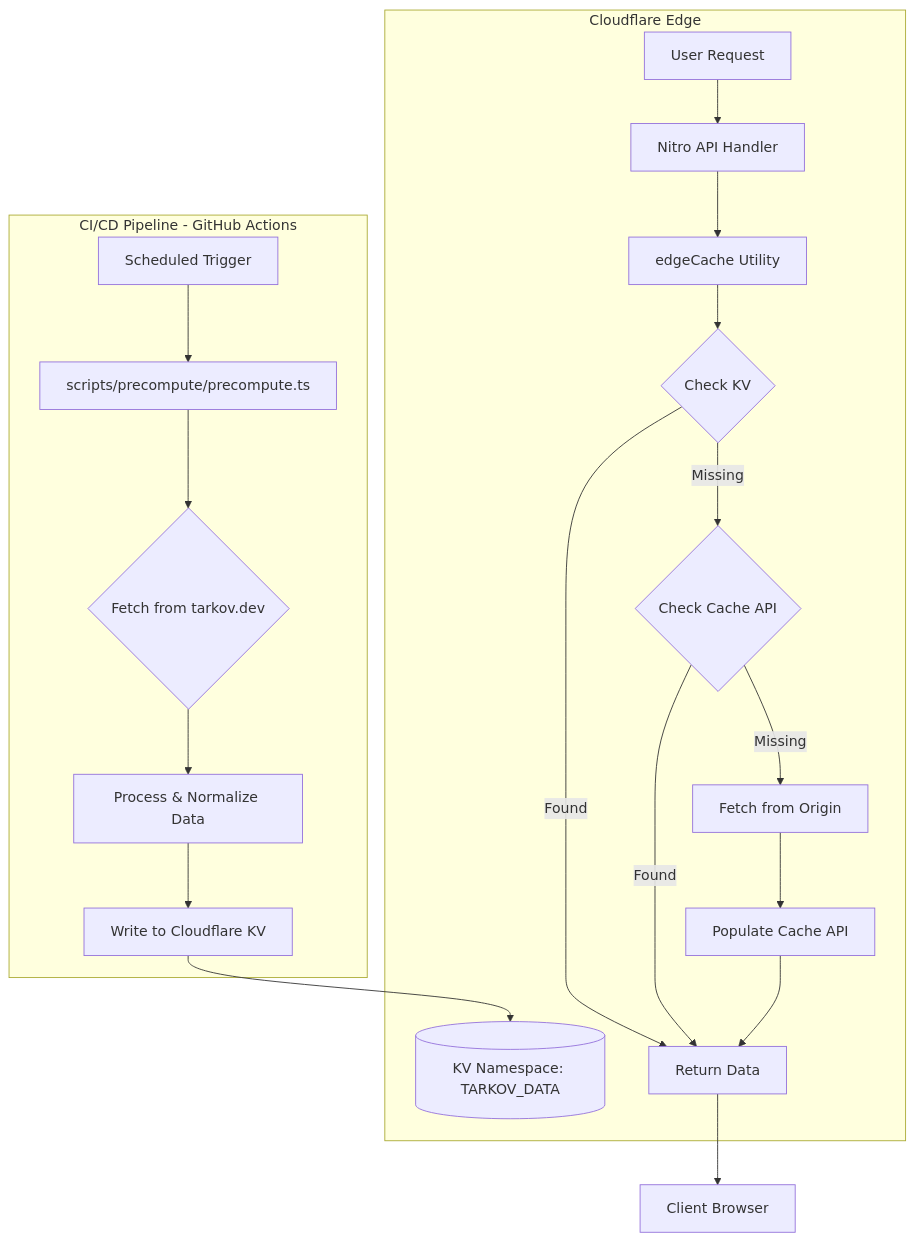
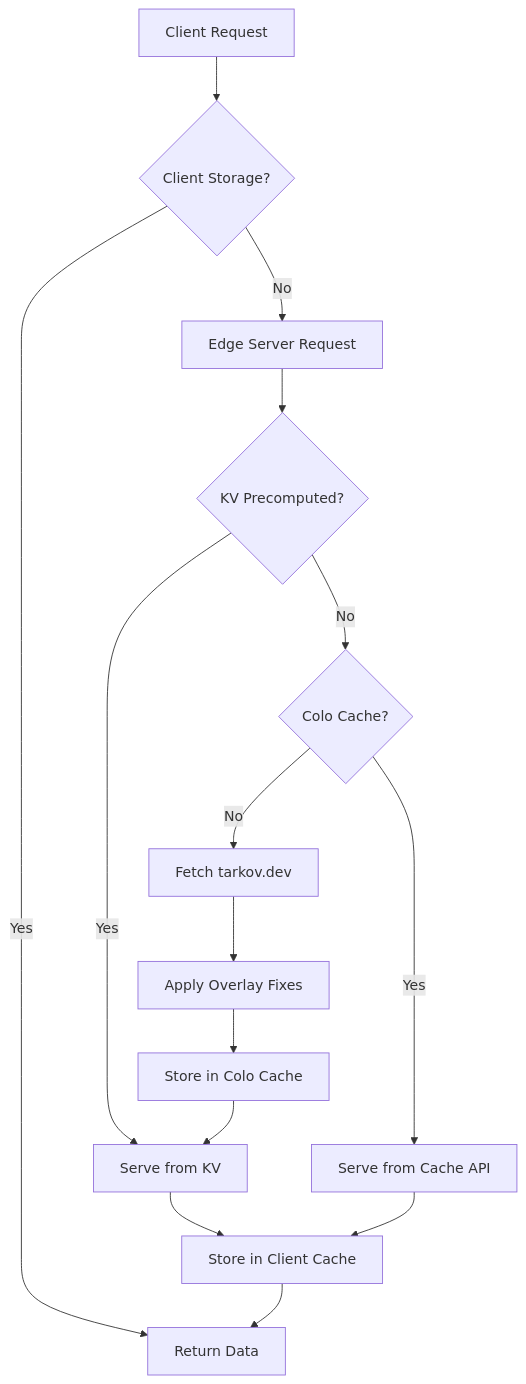
One commit to tarkovtracker-org/TarkovTracker changed the first of 3 diagrams in .cubic/wiki/02-section-architecture/02-page-caching.md. Above: the diagram before and after it, drawn with Mermaid. The commit also changed other lines of this file and 54 other files, not shown here.

````diff
--- a/.cubic/wiki/02-section-architecture/02-page-caching.md
+++ b/.cubic/wiki/02-section-architecture/02-page-caching.md
@@ -38,24 +33,20 @@
 ```mermaid
 flowchart TD
-    subgraph CI_CD [CI/CD Pipeline - GitHub Actions]
-        A[Scheduled Trigger] --> B[scripts/precompute/precompute.ts]
-        B --> C{Fetch from tarkov.dev}
-        C --> D[Process & Normalize Data]
-        D --> E[Write to Cloudflare KV]
-    end
-
-    subgraph Edge [Cloudflare Edge]
-        E --> F[(KV Namespace: TARKOV_DATA)]
-        G[User Request] --> H[Nitro API Handler]
-        H --> I[edgeCache Utility]
-        I --> J{Check KV}
-        J -- Found --> K[Return Data]
-        J -- Missing --> L{Check Cache API}
-        L -- Found --> K
-        L -- Missing --> M[Fetch from Origin]
-        M --> N[Populate Cache API]
-        N --> K
-    end
+    Req[Client Request] --> ClientCache{Client Storage?}
+    ClientCache -- Yes --> Return[Return Data]
+    ClientCache -- No --> EdgeReq[Edge Server Request]
     
-    K --> O[Client Browser]
+    EdgeReq --> Precompute{KV Precomputed?}
+    Precompute -- Yes --> KVReturn[Serve from KV]
+    Precompute -- No --> ColoCache{Colo Cache?}
+    
+    ColoCache -- Yes --> CacheReturn[Serve from Cache API]
+    ColoCache -- No --> Upstream[Fetch tarkov.dev]
+    
+    Upstream --> Process[Apply Overlay Fixes]
+    Process --> StoreColo[Store in Colo Cache]
+    StoreColo --> KVReturn
+    KVReturn --> StoreClient[Store in Client Cache]
+    CacheReturn --> StoreClient
+    StoreClient --> Return
 ```
````
